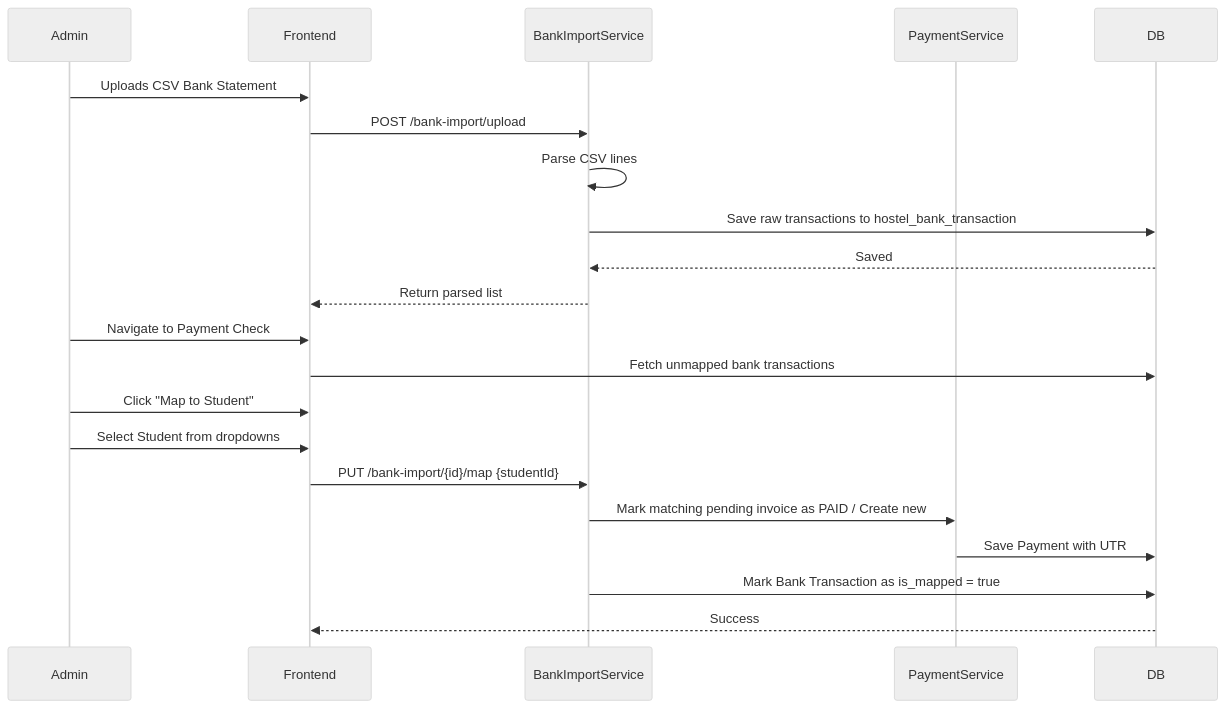
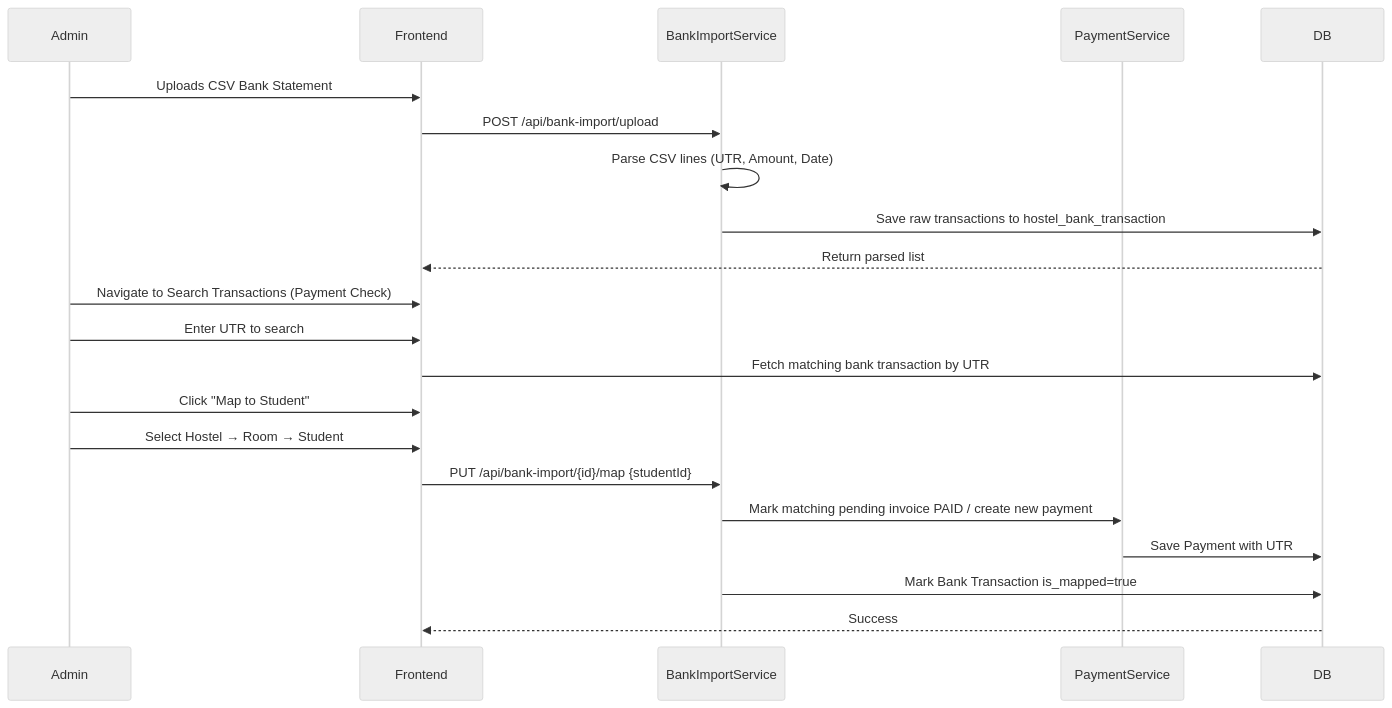
Before and after one commit to asiffmahmad/hostel-management: the sixth of 7 diagrams in docs/APP_FLOW.md, drawn with Mermaid (neutral theme). The commit also changed other lines of this file and 5 other files, not shown here.

````diff
--- a/docs/APP_FLOW.md
+++ b/docs/APP_FLOW.md
@@ -81,24 +122,24 @@
 ```mermaid
 sequenceDiagram
     participant Admin
     participant Frontend
     participant BankImportService
     participant PaymentService
     participant DB
-    
+
     Admin->>Frontend: Uploads CSV Bank Statement
-    Frontend->>BankImportService: POST /bank-import/upload
-    BankImportService->>BankImportService: Parse CSV lines
+    Frontend->>BankImportService: POST /api/bank-import/upload
+    BankImportService->>BankImportService: Parse CSV lines (UTR, Amount, Date)
     BankImportService->>DB: Save raw transactions to hostel_bank_transaction
-    DB-->>BankImportService: Saved
-    BankImportService-->>Frontend: Return parsed list
-    Admin->>Frontend: Navigate to Payment Check
-    Frontend->>DB: Fetch unmapped bank transactions
+    DB-->>Frontend: Return parsed list
+    Admin->>Frontend: Navigate to Search Transactions (Payment Check)
+    Admin->>Frontend: Enter UTR to search
+    Frontend->>DB: Fetch matching bank transaction by UTR
     Admin->>Frontend: Click "Map to Student"
-    Admin->>Frontend: Select Student from dropdowns
-    Frontend->>BankImportService: PUT /bank-import/{id}/map {studentId}
-    BankImportService->>PaymentService: Mark matching pending invoice as PAID / Create new
+    Admin->>Frontend: Select Hostel → Room → Student
+    Frontend->>BankImportService: PUT /api/bank-import/{id}/map {studentId}
+    BankImportService->>PaymentService: Mark matching pending invoice PAID / create new payment
     PaymentService->>DB: Save Payment with UTR
-    BankImportService->>DB: Mark Bank Transaction as is_mapped = true
+    BankImportService->>DB: Mark Bank Transaction is_mapped=true
     DB-->>Frontend: Success
 ```
````
